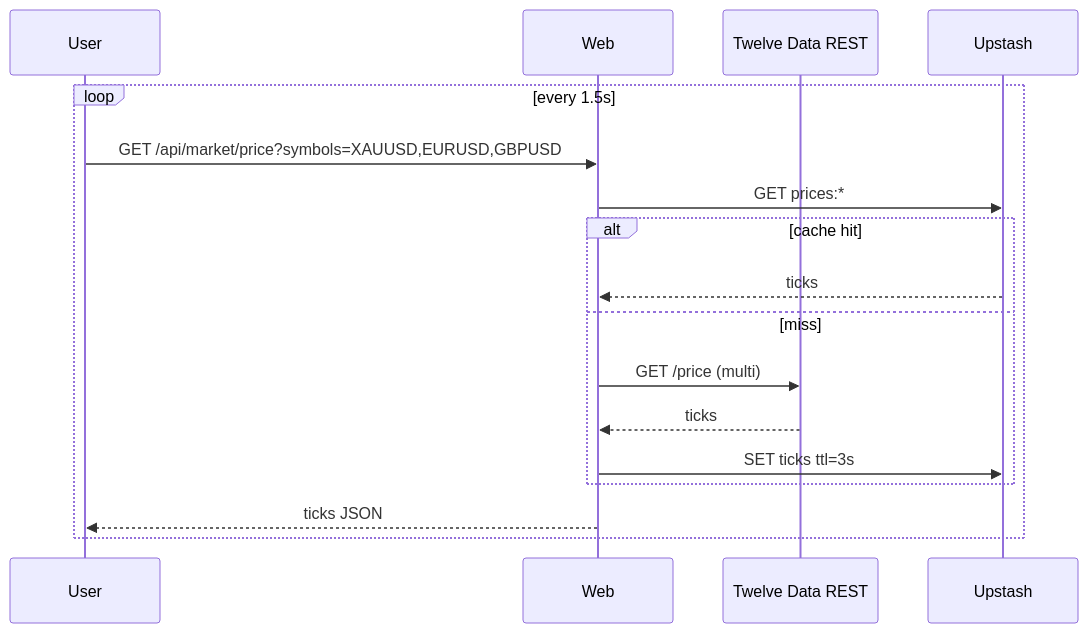
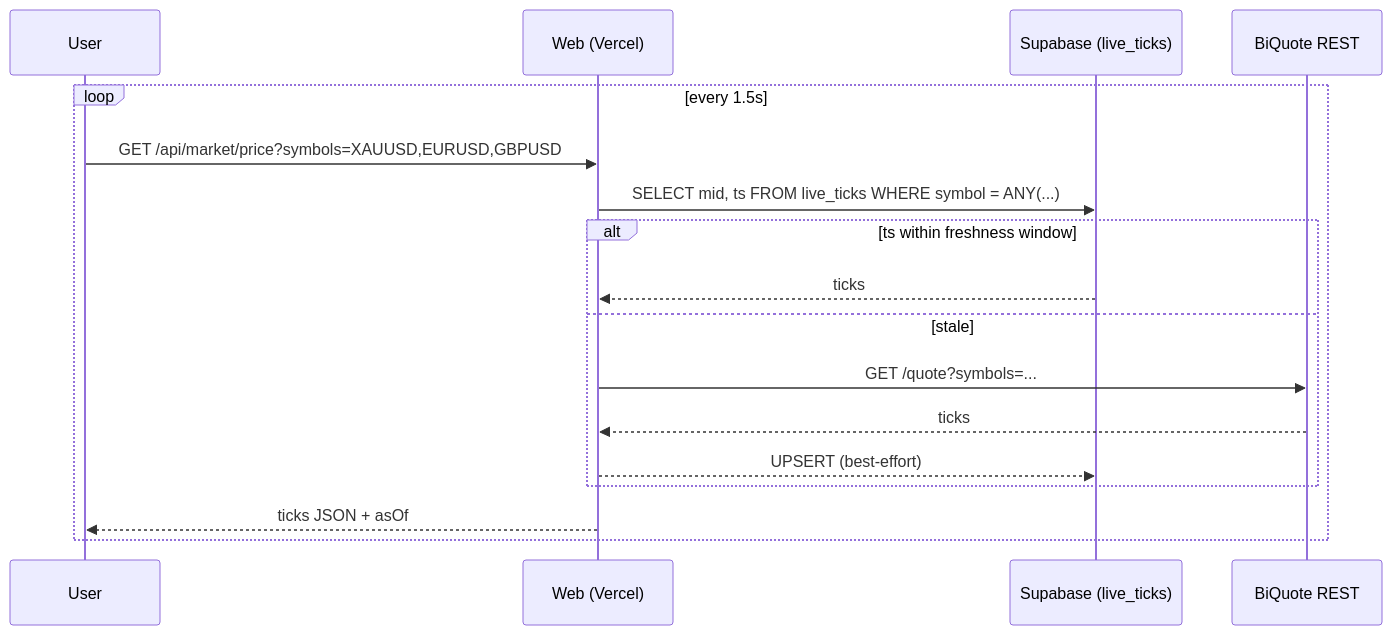
One commit to HamaFx/Kestrel changed the third of 5 diagrams in docs/01-architecture.md. Above: the diagram before and after it, drawn with Mermaid. The commit also changed other lines of this file and 16 other files, not shown here.

````diff
--- a/docs/01-architecture.md
+++ b/docs/01-architecture.md
@@ -112,20 +121,20 @@
 ```mermaid
 sequenceDiagram
     participant U as User
-    participant W as Web
-    participant TD as Twelve Data REST
-    participant UP as Upstash
+    participant W as Web (Vercel)
+    participant DB as Supabase (live_ticks)
+    participant BQ as BiQuote REST
 
     loop every 1.5s
       U->>W: GET /api/market/price?symbols=XAUUSD,EURUSD,GBPUSD
-      W->>UP: GET prices:*
-      alt cache hit
-        UP-->>W: ticks
-      else miss
-        W->>TD: GET /price (multi)
-        TD-->>W: ticks
-        W->>UP: SET ticks ttl=3s
+      W->>DB: SELECT mid, ts FROM live_ticks WHERE symbol = ANY(...)
+      alt ts within freshness window
+        DB-->>W: ticks
+      else stale
+        W->>BQ: GET /quote?symbols=...
+        BQ-->>W: ticks
+        W-->>DB: UPSERT (best-effort)
       end
-      W-->>U: ticks JSON
+      W-->>U: ticks JSON + asOf
     end
 ```
````
